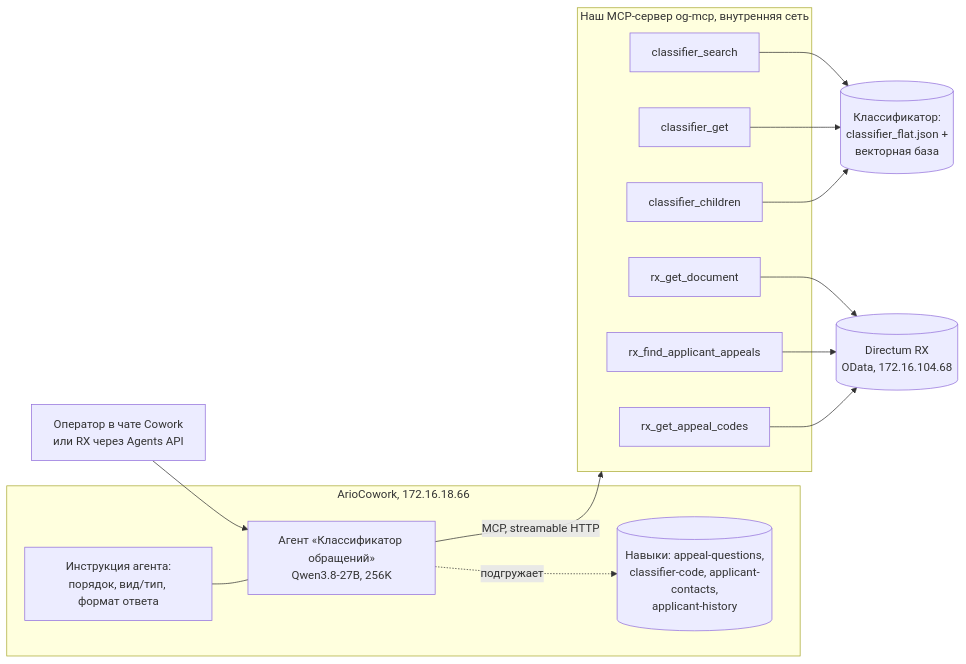
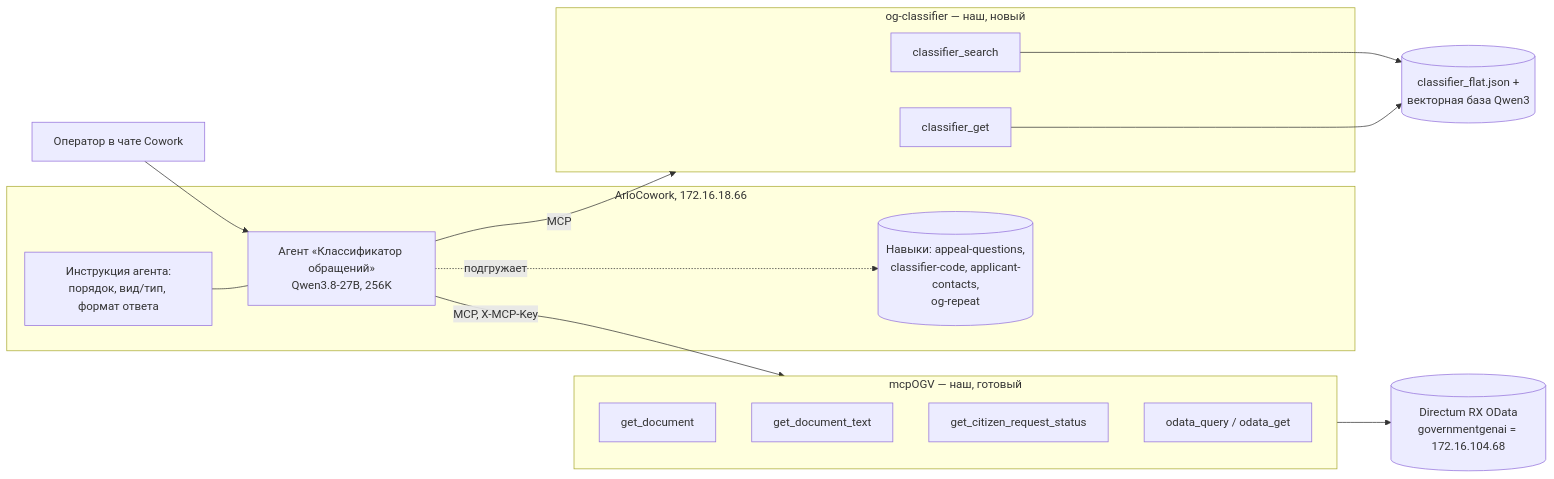
Before and after one commit to nikitakorotaevnikita-sudo/Class-OG-Final: the first of 2 diagrams in docs/superpowers/specs/2026-10-29-cowork-classifier-agent-design.md, drawn with Mermaid. The commit also changed other lines of this file, not shown here.

Commit message:
docs(spec): reuse mcpOGV for RX, own server only for classifier search

````diff
--- a/docs/superpowers/specs/2026-10-29-cowork-classifier-agent-design.md
+++ b/docs/superpowers/specs/2026-10-29-cowork-classifier-agent-design.md
@@ -76,22 +88,25 @@
 ```mermaid
 flowchart LR
-    OP[Оператор в чате Cowork<br/>или RX через Agents API] --> AG
+    OP[Оператор в чате Cowork] --> AG
     subgraph COWORK[ArioCowork, 172.16.18.66]
         AG[Агент «Классификатор обращений»<br/>Qwen3.8-27B, 256K]
         IN[Инструкция агента:<br/>порядок, вид/тип, формат ответа]
-        SK[(Навыки: appeal-questions,<br/>classifier-code, applicant-contacts,<br/>applicant-history)]
+        SK[(Навыки: appeal-questions,<br/>classifier-code, applicant-contacts,<br/>og-repeat)]
         IN --- AG
         AG -. подгружает .-> SK
     end
-    subgraph MCP[Наш MCP-сервер og-mcp, внутренняя сеть]
-        T1[classifier_search]
-        T2[classifier_get]
-        T3[classifier_children]
-        T4[rx_get_document]
-        T5[rx_find_applicant_appeals]
-        T6[rx_get_appeal_codes]
+    subgraph OGC[og-classifier — наш, новый]
+        C1[classifier_search]
+        C2[classifier_get]
     end
-    AG -- MCP, streamable HTTP --> MCP
-    T1 & T2 & T3 --> VDB[(Классификатор:<br/>classifier_flat.json +<br/>векторная база)]
-    T4 & T5 & T6 --> RX[(Directum RX<br/>OData, 172.16.104.68)]
+    subgraph OGV[mcpOGV — наш, готовый]
+        R1[get_document]
+        R2[get_document_text]
+        R3[get_citizen_request_status]
+        R4[odata_query / odata_get]
+    end
+    AG -- MCP --> OGC
+    AG -- MCP, X-MCP-Key --> OGV
+    C1 & C2 --> VDB[(classifier_flat.json +<br/>векторная база Qwen3)]
+    OGV --> RX[(Directum RX OData<br/>governmentgenai = 172.16.104.68)]
 ```
````
